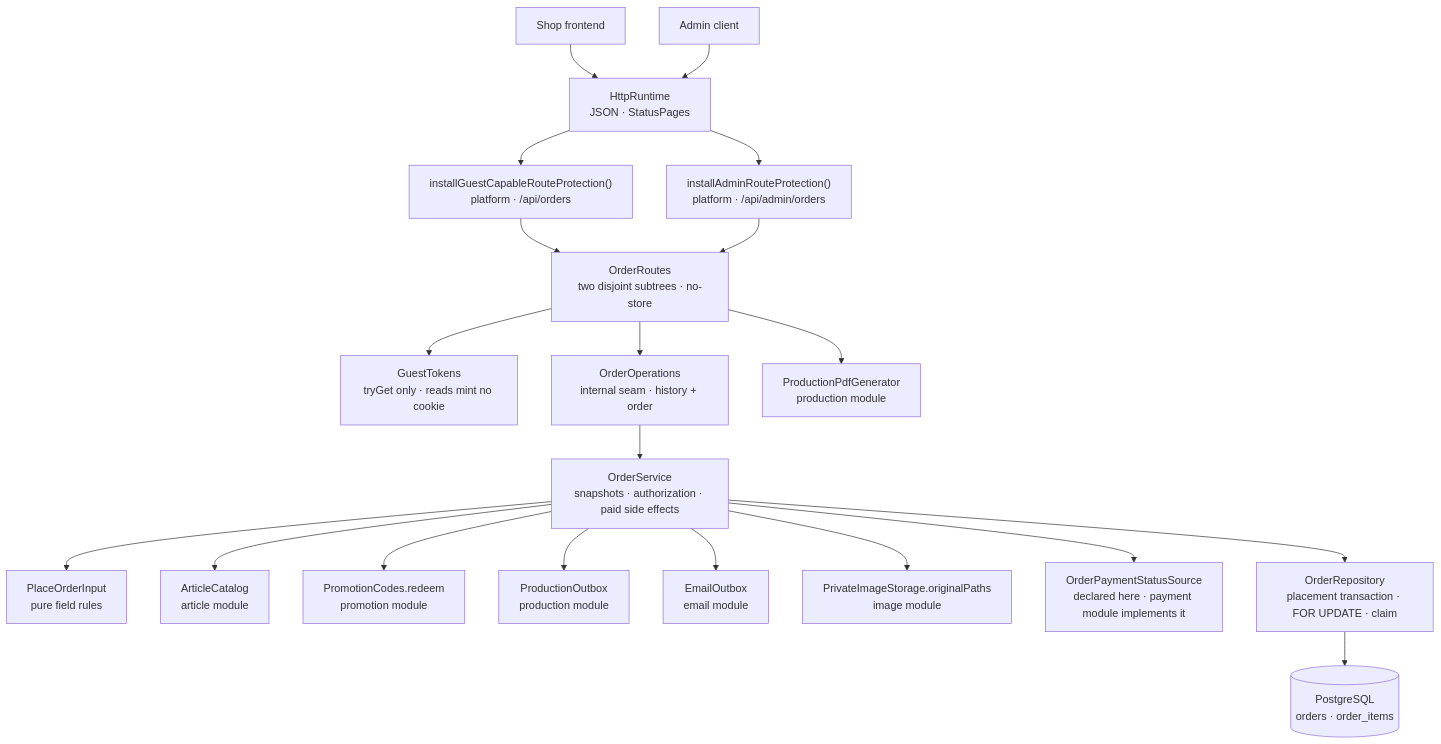
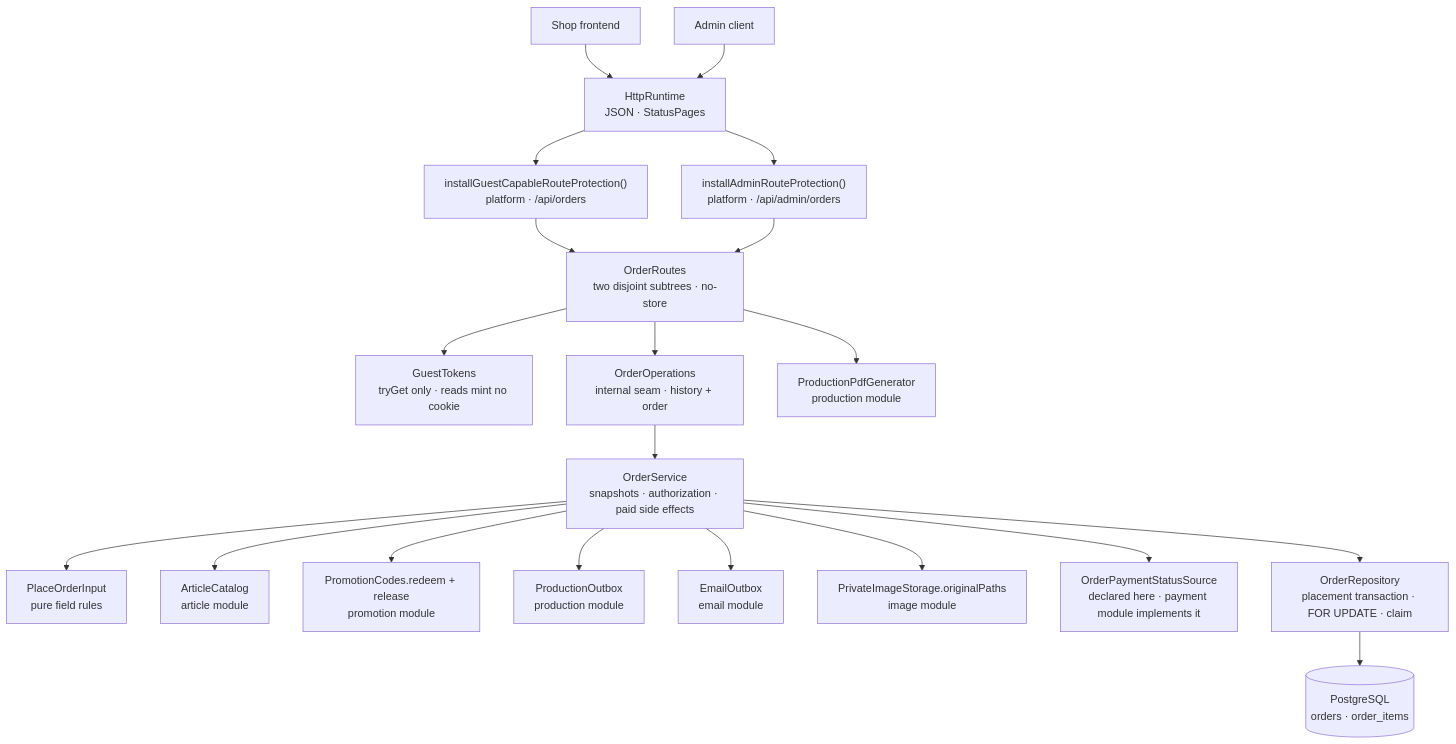
Before and after one commit to bitstorm-tech/voenix-shop-kotlin: the diagram in docs/dev/backend/order-package.md, drawn with Mermaid. The commit also changed other lines of this file and 23 other files, not shown here.

````diff
--- a/docs/dev/backend/order-package.md
+++ b/docs/dev/backend/order-package.md
@@ -40,36 +40,36 @@
 ```mermaid
 flowchart TB
     Client["Shop frontend"]
     Admin["Admin client"]
     Http["HttpRuntime<br/>JSON · StatusPages"]
     Guest["installGuestCapableRouteProtection()<br/>platform · /api/orders"]
     AdminAuth["installAdminRouteProtection()<br/>platform · /api/admin/orders"]
     Routes["OrderRoutes<br/>two disjoint subtrees · no-store"]
     Tokens["GuestTokens<br/>tryGet only · reads mint no cookie"]
     Operations["OrderOperations<br/>internal seam · history + order"]
     Service["OrderService<br/>snapshots · authorization · paid side effects"]
     Input["PlaceOrderInput<br/>pure field rules"]
     Articles["ArticleCatalog<br/>article module"]
-    Promotions["PromotionCodes.redeem<br/>promotion module"]
+    Promotions["PromotionCodes.redeem + release<br/>promotion module"]
     ProdOutbox["ProductionOutbox<br/>production module"]
     MailOutbox["EmailOutbox<br/>email module"]
     Images["PrivateImageStorage.originalPaths<br/>image module"]
     PaymentStatus["OrderPaymentStatusSource<br/>declared here · payment module implements it"]
     Pdfs["ProductionPdfGenerator<br/>production module"]
     Repository["OrderRepository<br/>placement transaction · FOR UPDATE · claim"]
     Tables[("PostgreSQL<br/>orders · order_items")]
 
     Client --> Http --> Guest --> Routes
     Admin --> Http --> AdminAuth --> Routes
     Routes --> Tokens
     Routes --> Pdfs
     Routes --> Operations --> Service
     Service --> Input
     Service --> Articles
     Service --> Promotions
     Service --> ProdOutbox
     Service --> MailOutbox
     Service --> Images
     Service --> PaymentStatus
     Service --> Repository --> Tables
 ```
````
